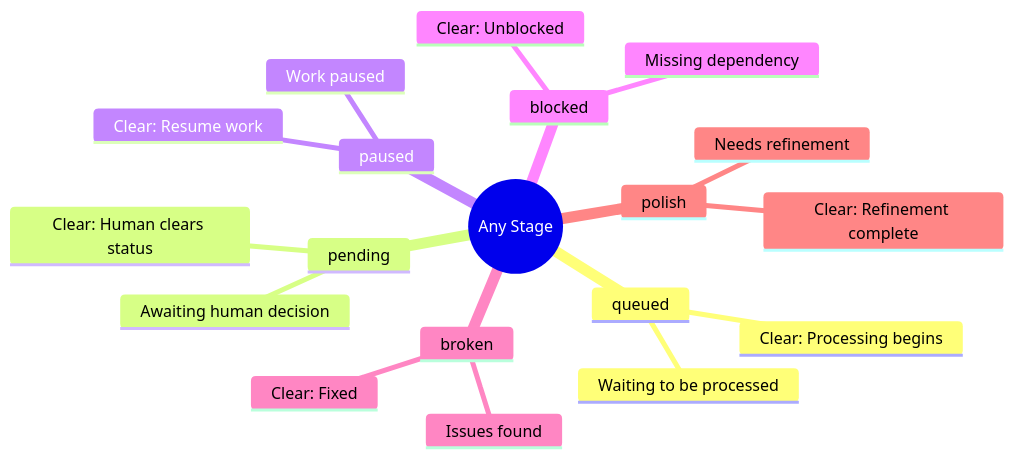
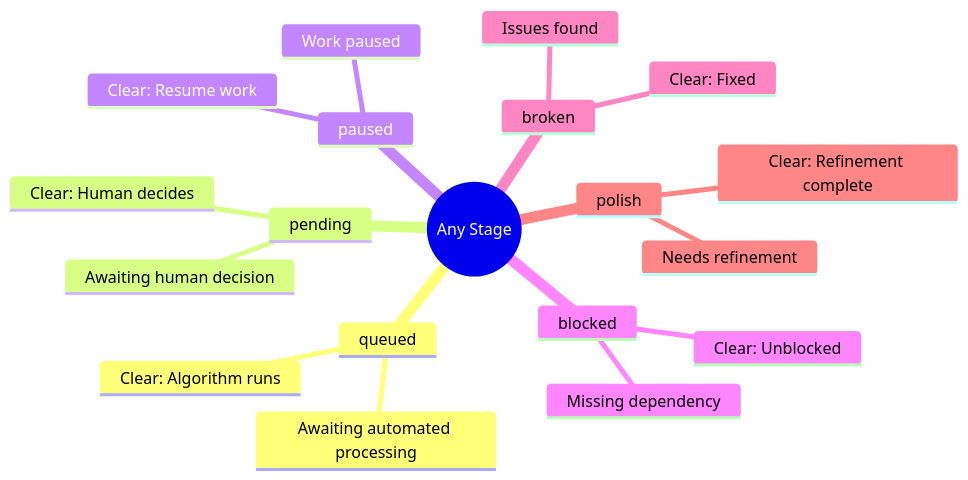
One commit to Mharbulous/SyncoPaid changed the second of 11 diagrams in .claude/skills/story-tree/references/workflow-diagrams.md. Above: the diagram before and after it, drawn with Mermaid. The commit also changed 2 other files, not shown here.

Commit message:
docs: clarify queued vs pending hold_reason semantics
- queued = awaiting automated processing (algorithm hasn't run)
- pending = awaiting human decision (algorithm can't decide)

Updated in schema.sql, SKILL.md, workflow-diagrams.md, and
orchestrator-workflow-complete.md to use consistent definitions.

````diff
--- a/.claude/skills/story-tree/references/workflow-diagrams.md
+++ b/.claude/skills/story-tree/references/workflow-diagrams.md
@@ -99,22 +99,22 @@
 ```mermaid
 mindmap
   root((Any Stage))
     queued
-      Waiting to be processed
-      Clear: Processing begins
+      Awaiting automated processing
+      Clear: Algorithm runs
     pending
       Awaiting human decision
-      Clear: Human clears status
+      Clear: Human decides
     paused
       Work paused
       Clear: Resume work
     blocked
       Missing dependency
       Clear: Unblocked
     broken
       Issues found
       Clear: Fixed
     polish
       Needs refinement
       Clear: Refinement complete
 ```
````
